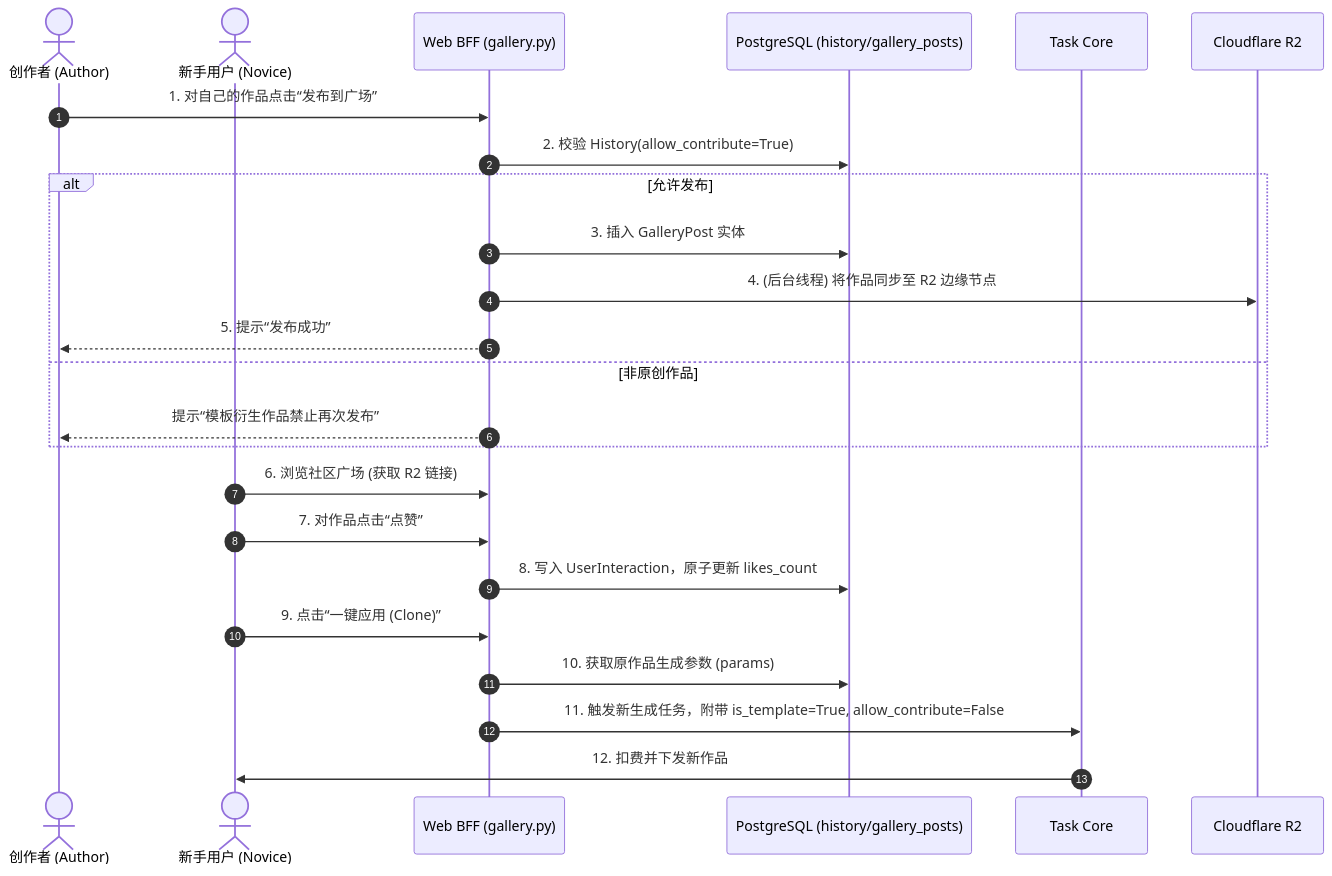
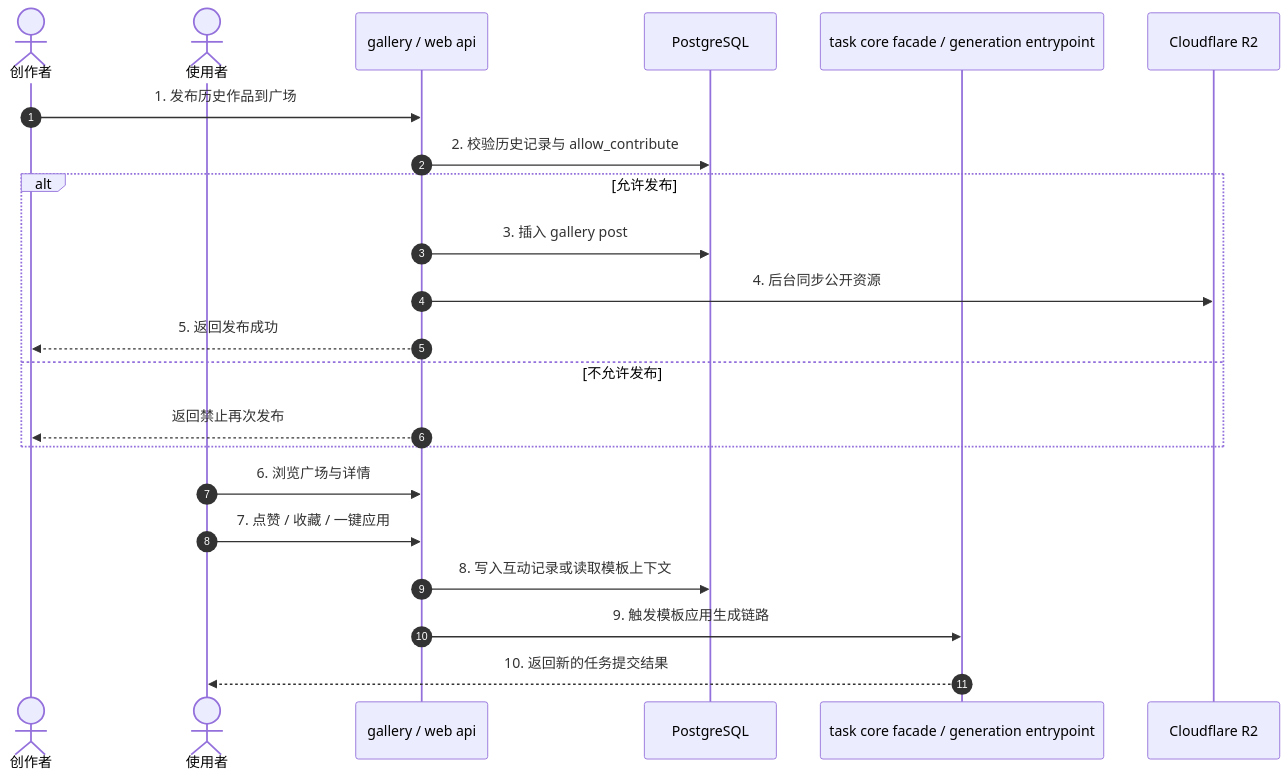
Before and after one commit to giraffu/All_bot: the diagram in docs/business/03_BIZ_社区广场与社交互动板块.md, drawn with Mermaid. The commit also changed other lines of this file and 22 other files, not shown here.

````diff
--- a/docs/business/03_BIZ_社区广场与社交互动板块.md
+++ b/docs/business/03_BIZ_社区广场与社交互动板块.md
@@ -23,28 +17,26 @@
 ```mermaid
 sequenceDiagram
     autonumber
-    actor A as 创作者 (Author)
-    actor B as 新手用户 (Novice)
-    participant Web as Web BFF (gallery.py)
-    participant DB as PostgreSQL (history/gallery_posts)
-    participant Core as Task Core
+    actor A as 创作者
+    actor B as 使用者
+    participant Web as gallery / web api
+    participant DB as PostgreSQL
+    participant Task as task core facade / generation entrypoint
     participant R2 as Cloudflare R2
 
-    A->>Web: 1. 对自己的作品点击“发布到广场”
-    Web->>DB: 2. 校验 History(allow_contribute=True)
+    A->>Web: 1. 发布历史作品到广场
+    Web->>DB: 2. 校验历史记录与 allow_contribute
     alt 允许发布
-        Web->>DB: 3. 插入 GalleryPost 实体
-        Web->>R2: 4. (后台线程) 将作品同步至 R2 边缘节点
-        Web-->>A: 5. 提示“发布成功”
-    else 非原创作品
-        Web-->>A: 提示“模板衍生作品禁止再次发布”
+        Web->>DB: 3. 插入 gallery post
+        Web->>R2: 4. 后台同步公开资源
+        Web-->>A: 5. 返回发布成功
+    else 不允许发布
+        Web-->>A: 返回禁止再次发布
     end
-    
-    B->>Web: 6. 浏览社区广场 (获取 R2 链接)
-    B->>Web: 7. 对作品点击“点赞”
-    Web->>DB: 8. 写入 UserInteraction，原子更新 likes_count
-    B->>Web: 9. 点击“一键应用 (Clone)”
-    Web->>DB: 10. 获取原作品生成参数 (params)
-    Web->>Core: 11. 触发新生成任务，附带 is_template=True, allow_contribute=False
-    Core->>B: 12. 扣费并下发新作品
+
+    B->>Web: 6. 浏览广场与详情
+    B->>Web: 7. 点赞 / 收藏 / 一键应用
+    Web->>DB: 8. 写入互动记录或读取模板上下文
+    Web->>Task: 9. 触发模板应用生成链路
+    Task-->>B: 10. 返回新的任务提交结果
 ```
````
